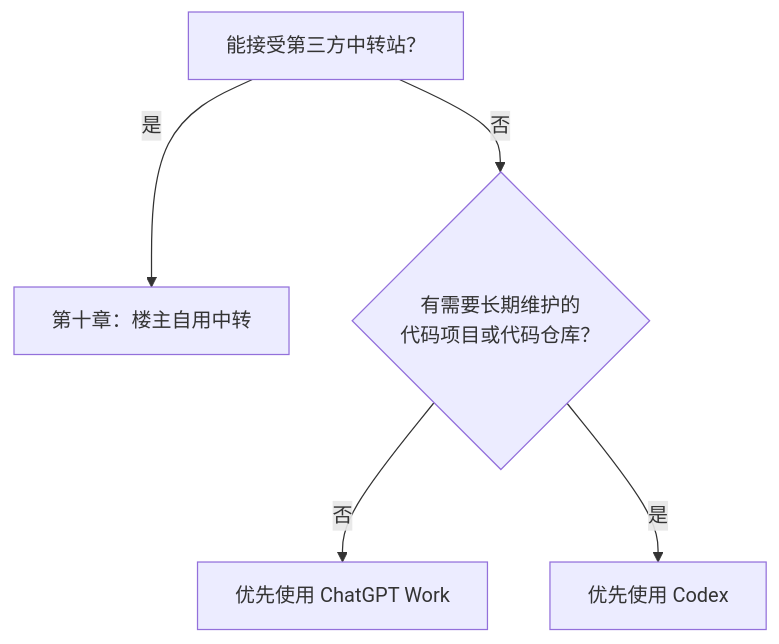
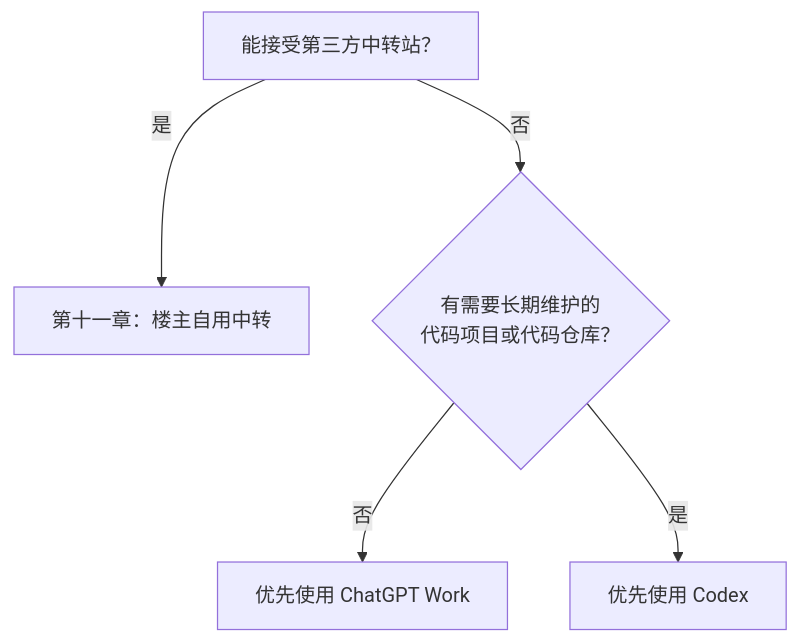
The diagram in README.md (cabbagecabbage/chatgpt-plus-codex-cn-guide), drawn with Mermaid before and after one commit. The commit also changed other lines of this file and 1 other file, not shown here.

````diff
--- a/README.md
+++ b/README.md
@@ -42,7 +42,7 @@
 ```mermaid
 flowchart TD
-    A["能接受第三方中转站？"] -->|是| B["第十章：楼主自用中转"]
+    A["能接受第三方中转站？"] -->|是| B["第十一章：楼主自用中转"]
     A -->|否| C{"有需要长期维护的<br/>代码项目或代码仓库？"}
     C -->|否| D["优先使用 ChatGPT Work"]
     C -->|是| E["优先使用 Codex"]
 ```
````
